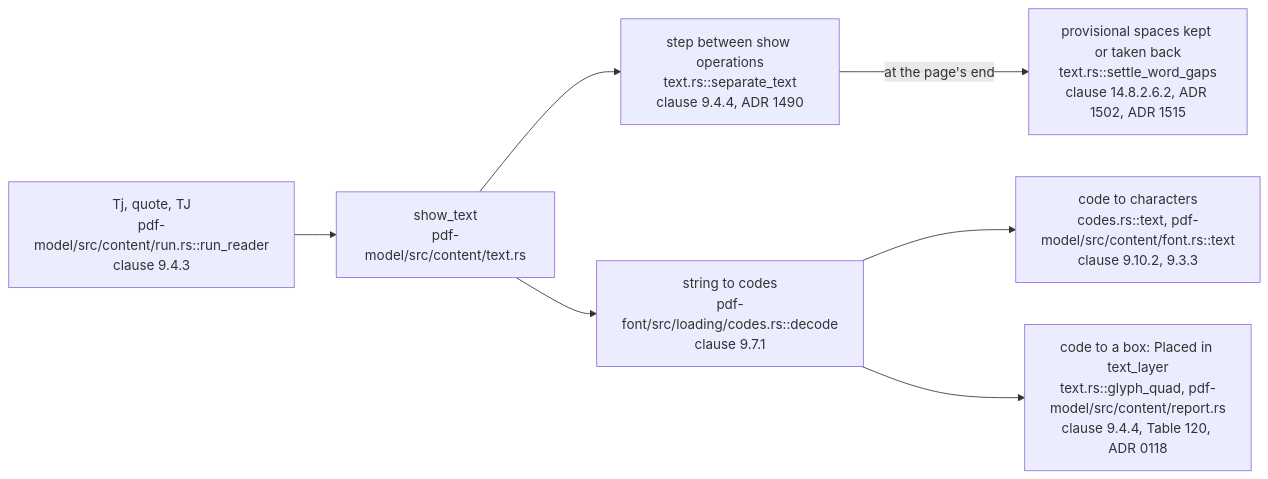
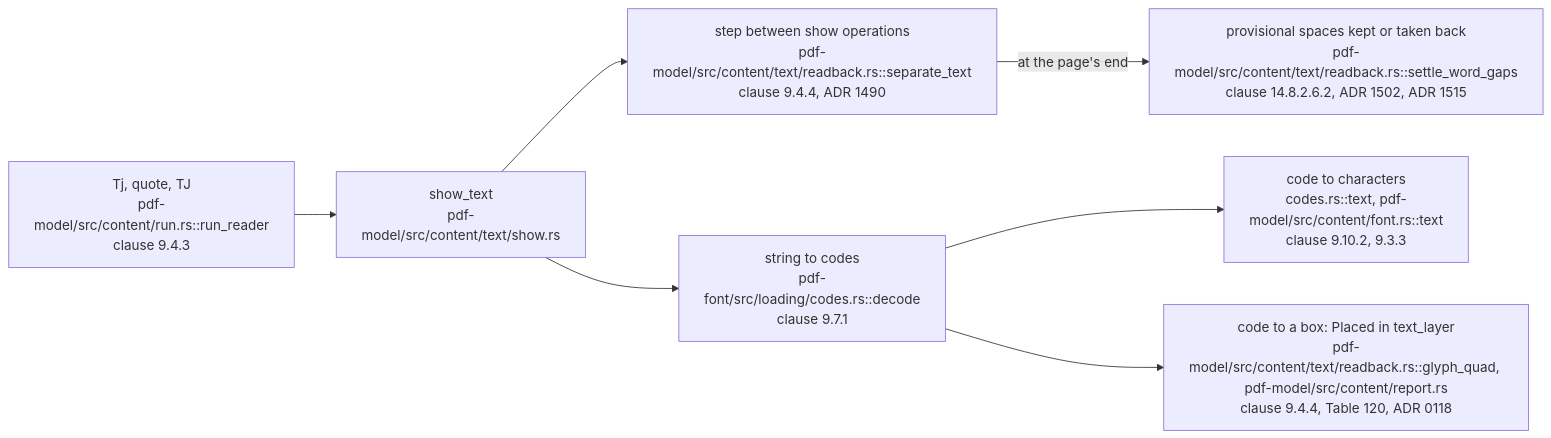
The second of 6 diagrams in doc/teaching/how-text-is-selected-and-copied.md (close2/pdf-viewer), drawn with Mermaid before and after one commit. The commit also changed other lines of this file and 94 other files, not shown here.

````diff
--- a/doc/teaching/how-text-is-selected-and-copied.md
+++ b/doc/teaching/how-text-is-selected-and-copied.md
@@ -177,17 +177,17 @@
 ```mermaid
 flowchart LR
     OP["Tj, quote, TJ<br/>pdf-model/src/content/run.rs::run_reader<br/>clause 9.4.3"]
-    SHOW["show_text<br/>pdf-model/src/content/text.rs"]
+    SHOW["show_text<br/>pdf-model/src/content/text/show.rs"]
     CODES["string to codes<br/>pdf-font/src/loading/codes.rs::decode<br/>clause 9.7.1"]
     CHARS["code to characters<br/>codes.rs::text, pdf-model/src/content/font.rs::text<br/>clause 9.10.2, 9.3.3"]
-    QUAD["code to a box: Placed in text_layer<br/>text.rs::glyph_quad, pdf-model/src/content/report.rs<br/>clause 9.4.4, Table 120, ADR 0118"]
-    GAP["step between show operations<br/>text.rs::separate_text<br/>clause 9.4.4, ADR 1490"]
-    SETTLE["provisional spaces kept or taken back<br/>text.rs::settle_word_gaps<br/>clause 14.8.2.6.2, ADR 1502, ADR 1515"]
+    QUAD["code to a box: Placed in text_layer<br/>pdf-model/src/content/text/readback.rs::glyph_quad, pdf-model/src/content/report.rs<br/>clause 9.4.4, Table 120, ADR 0118"]
+    GAP["step between show operations<br/>pdf-model/src/content/text/readback.rs::separate_text<br/>clause 9.4.4, ADR 1490"]
+    SETTLE["provisional spaces kept or taken back<br/>pdf-model/src/content/text/readback.rs::settle_word_gaps<br/>clause 14.8.2.6.2, ADR 1502, ADR 1515"]
 
     OP --> SHOW
     SHOW --> GAP
     SHOW --> CODES
     CODES --> CHARS
     CODES --> QUAD
     GAP -->|"at the page's end"| SETTLE
 ```
````
